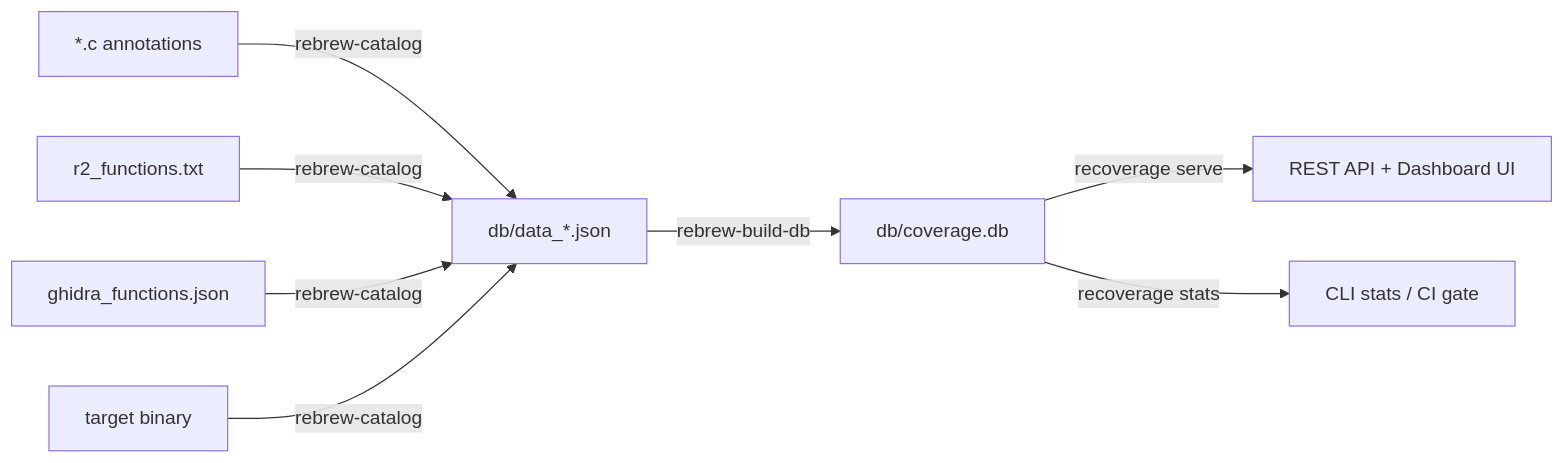
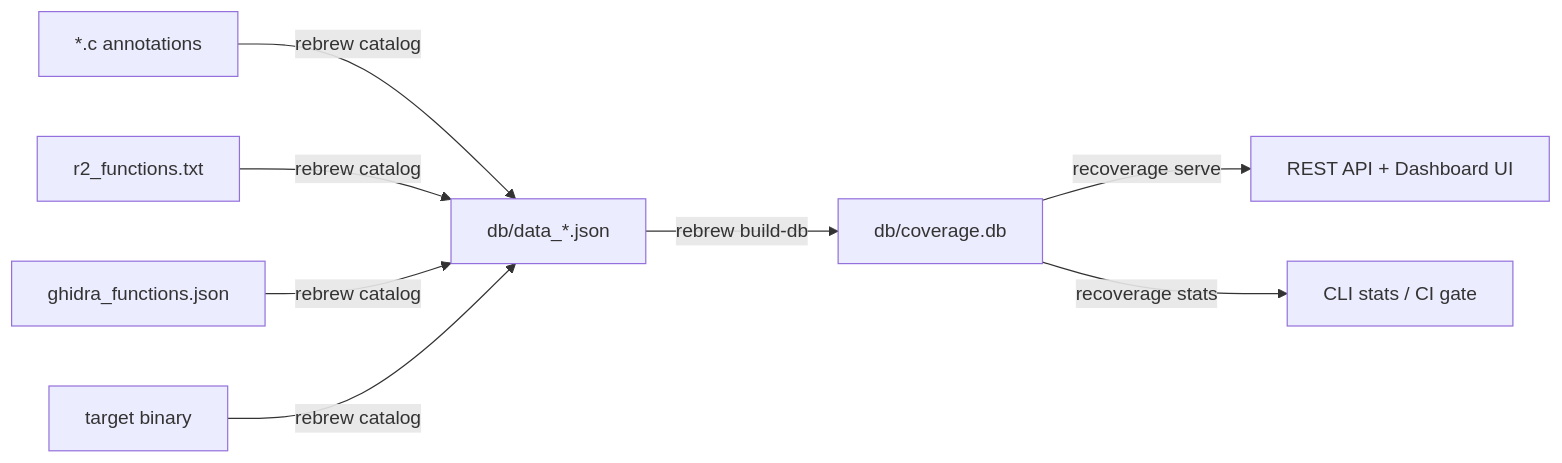
The diagram in docs/DB_FORMAT.md (maci0/rebrew), drawn with Mermaid before and after one commit. The commit also changed other lines of this file and 16 other files, not shown here.

````diff
--- a/docs/DB_FORMAT.md
+++ b/docs/DB_FORMAT.md
@@ -12,10 +12,10 @@
 ```mermaid
 flowchart LR
-    A["*.c annotations"] -->|rebrew-catalog| B["db/data_*.json"]
-    R2["r2_functions.txt"] -->|rebrew-catalog| B
-    GH["ghidra_functions.json"] -->|rebrew-catalog| B
-    BIN["target binary"] -->|rebrew-catalog| B
-    B -->|rebrew-build-db| C["db/coverage.db"]
+    A["*.c annotations"] -->|rebrew catalog| B["db/data_*.json"]
+    R2["r2_functions.txt"] -->|rebrew catalog| B
+    GH["ghidra_functions.json"] -->|rebrew catalog| B
+    BIN["target binary"] -->|rebrew catalog| B
+    B -->|rebrew build-db| C["db/coverage.db"]
     C -->|recoverage serve| D["REST API + Dashboard UI"]
     C -->|recoverage stats| E["CLI stats / CI gate"]
 ```
````
